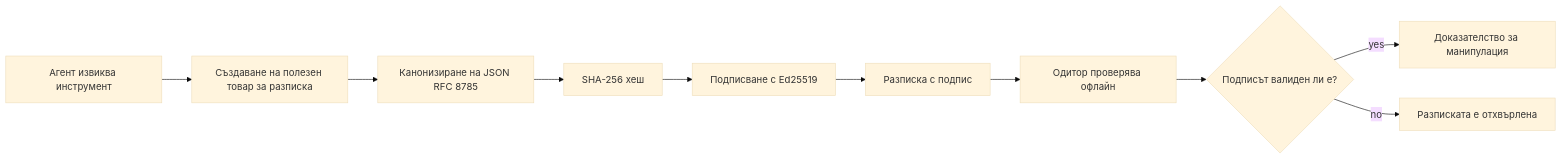
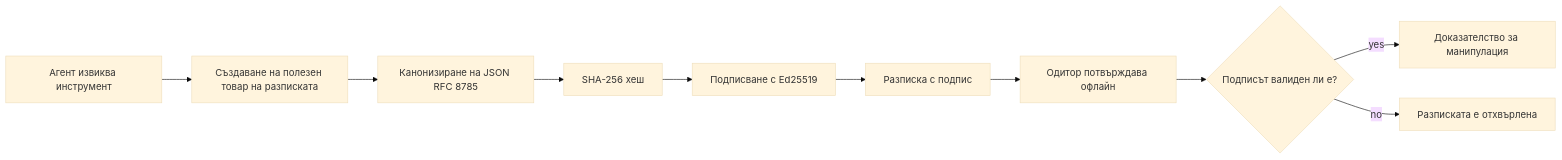
One commit to microsoft/ai-agents-for-beginners changed the first of 2 diagrams in translations/bg/18-securing-ai-agents/README.md. Above: the diagram before and after it, drawn with Mermaid (base theme). The commit also changed other lines of this file and 93 other files, not shown here.

````diff
--- a/translations/bg/18-securing-ai-agents/README.md
+++ b/translations/bg/18-securing-ai-agents/README.md
@@ -51,12 +51,12 @@
 ```mermaid
 flowchart LR
-    A[Агент извиква инструмент] --> B[Създаване на полезен товар за разписка]
+    A[Агент извиква инструмент] --> B[Създаване на полезен товар на разписката]
     B --> C[Канонизиране на JSON RFC 8785]
     C --> D[SHA-256 хеш]
     D --> E[Подписване с Ed25519]
     E --> F[Разписка с подпис]
-    F --> G[Одитор проверява офлайн]
+    F --> G[Одитор потвърждава офлайн]
     G --> H{Подписът валиден ли е?}
     H -- yes --> I[Доказателство за манипулация]
     H -- no --> J[Разписката е отхвърлена]
 ```
````
